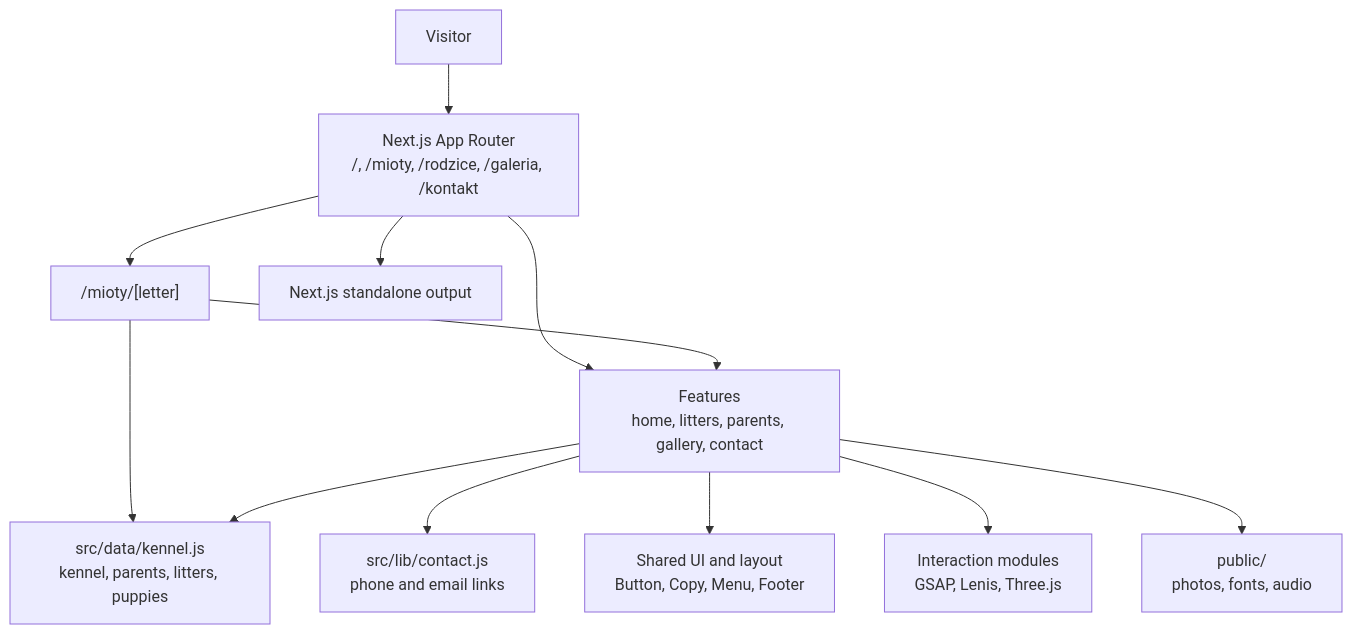
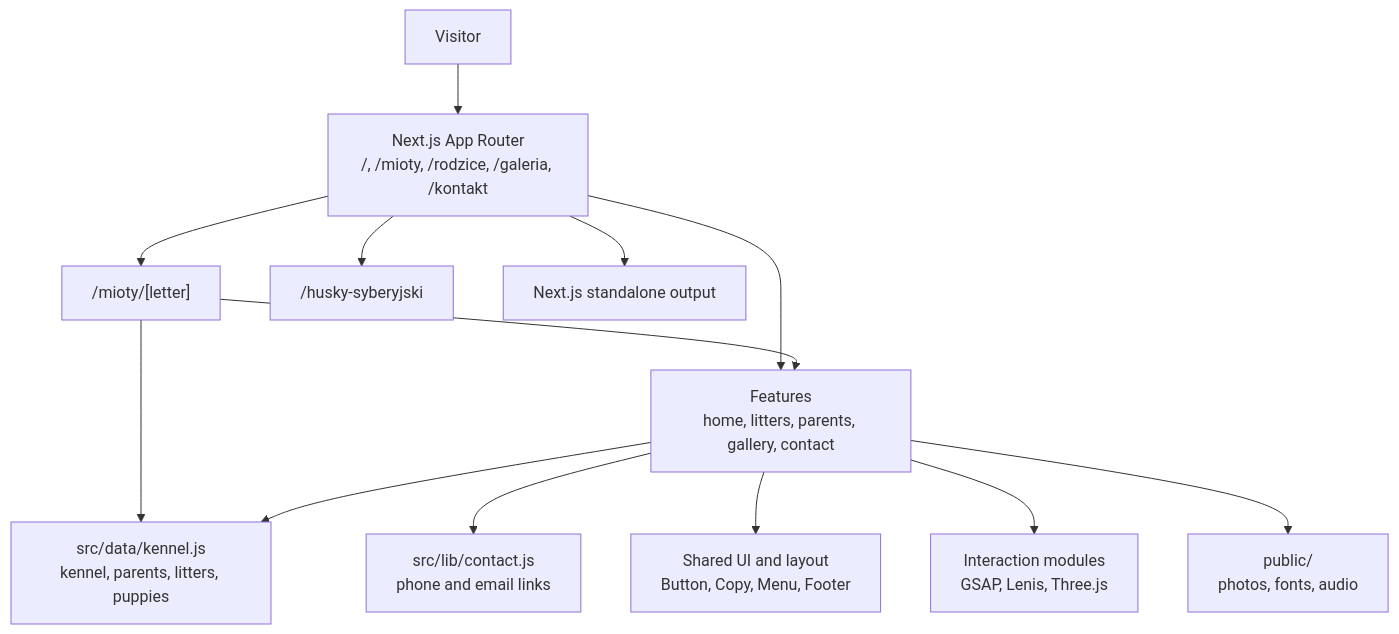
The diagram in docs/architecture.md (221Studios/Syberis), drawn with Mermaid before and after one commit. The commit also changed 2 other files, not shown here.

Commit message:
Link Siberian Husky guide from the main menu

````diff
--- a/docs/architecture.md
+++ b/docs/architecture.md
@@ -5,25 +5,27 @@
 ```mermaid
 flowchart TD
   Visitor[Visitor]
   Routes[Next.js App Router<br/>/, /mioty, /rodzice, /galeria, /kontakt]
   LitterRoute["/mioty/[letter]"]
+  BreedGuide["/husky-syberyjski"]
   Data[src/data/kennel.js<br/>kennel, parents, litters, puppies]
   Contact[src/lib/contact.js<br/>phone and email links]
   Features[Features<br/>home, litters, parents, gallery, contact]
   Shared[Shared UI and layout<br/>Button, Copy, Menu, Footer]
   Motion[Interaction modules<br/>GSAP, Lenis, Three.js]
   Assets[public/<br/>photos, fonts, audio]
   Output[Next.js standalone output]
 
   Visitor --> Routes
   Routes --> Features
   Routes --> LitterRoute
+  Routes --> BreedGuide
   LitterRoute --> Data
   LitterRoute --> Features
   Features --> Data
   Features --> Contact
   Features --> Shared
   Features --> Motion
   Features --> Assets
   Routes --> Output
 ```
````
